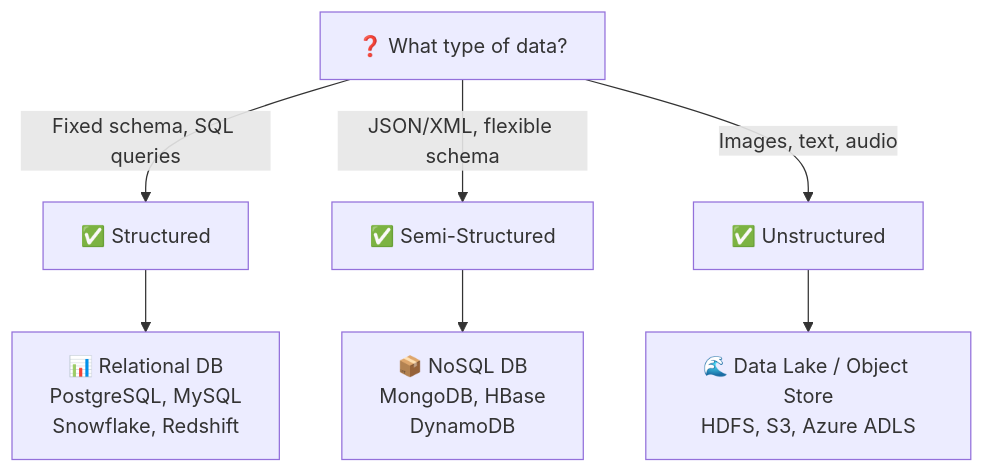
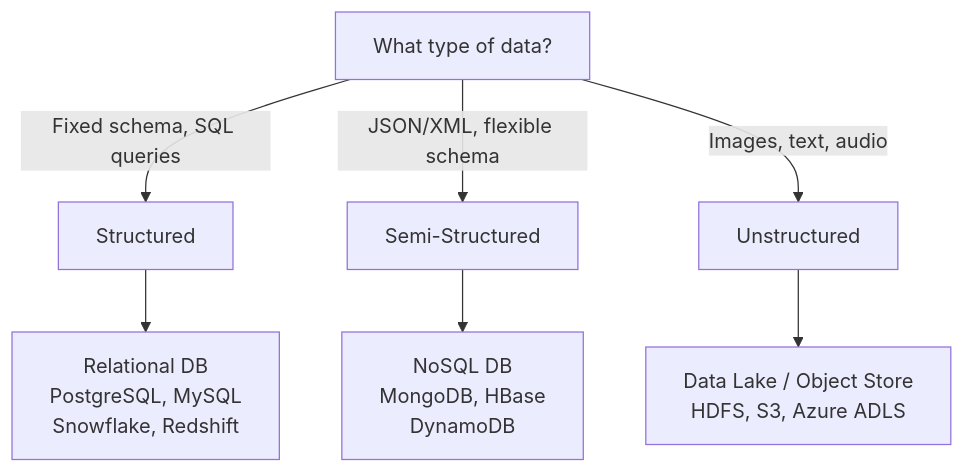
The seventh of 9 diagrams in UNITS/UNIT 1/unit-1-english-fun.md (NK2552003/Big-Data-Survival-Guide), drawn with Mermaid before and after one commit. The commit also changed other lines of this file and 78 other files, not shown here.

````diff
--- a/UNITS/UNIT 1/unit-1-english-fun.md
+++ b/UNITS/UNIT 1/unit-1-english-fun.md
@@ -820,11 +820,11 @@
 ```mermaid
 flowchart TB
-    Q["❓ What type of data?"]
-    Q -->|"Fixed schema, SQL queries"| S["✅ Structured"]
-    Q -->|"JSON/XML, flexible schema"| SS["✅ Semi-Structured"]
-    Q -->|"Images, text, audio"| US["✅ Unstructured"]
-    
-    S --> SD["📊 Relational DB\nPostgreSQL, MySQL\nSnowflake, Redshift"]
-    SS --> SSD["📦 NoSQL DB\nMongoDB, HBase\nDynamoDB"]
-    US --> USD["🌊 Data Lake / Object Store\nHDFS, S3, Azure ADLS"]
+ Q[" What type of data?"]
+ Q -->|"Fixed schema, SQL queries"| S[" Structured"]
+ Q -->|"JSON/XML, flexible schema"| SS[" Semi-Structured"]
+ Q -->|"Images, text, audio"| US[" Unstructured"]
+
+ S --> SD[" Relational DB\nPostgreSQL, MySQL\nSnowflake, Redshift"]
+ SS --> SSD[" NoSQL DB\nMongoDB, HBase\nDynamoDB"]
+ US --> USD[" Data Lake / Object Store\nHDFS, S3, Azure ADLS"]
 ```
````
